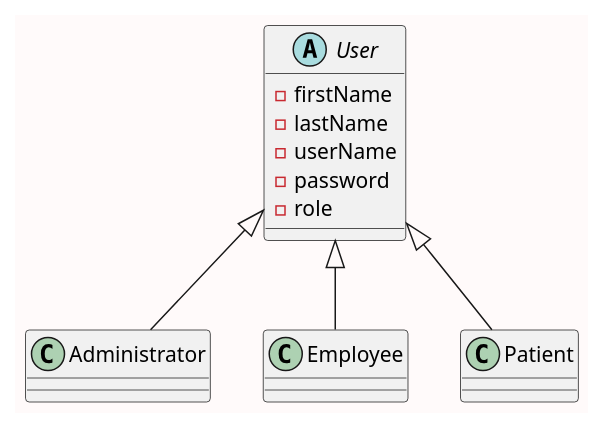
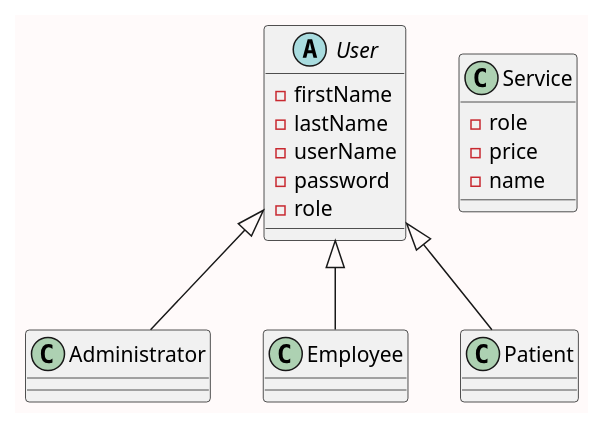
The diagram in accountManagementUML.puml (callmekungfu/chad), drawn with PlantUML before and after one commit.

```diff
--- a/accountManagementUML.puml
+++ b/accountManagementUML.puml
@@ -2,22 +2,28 @@
 @startuml Account Management
     skinparam backgroundColor Snow
 
     abstract class User{
         -firstName
         -lastName
         -userName
         -password
         -role
     }
 
     class Administrator extends User{
 
     }
 
     class Employee extends User{
-        
+
     }
     class Patient extends User{
 
     }
+
+    class Service{
+      -role
+      -price
+      -name
+    }
 @enduml
```
